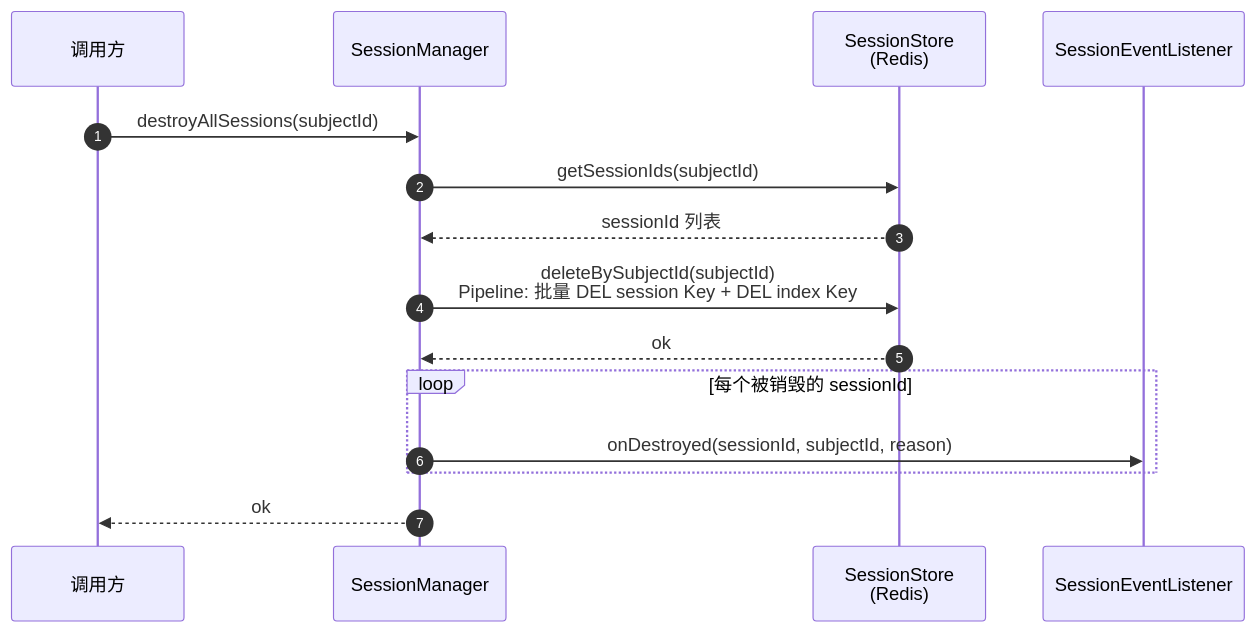
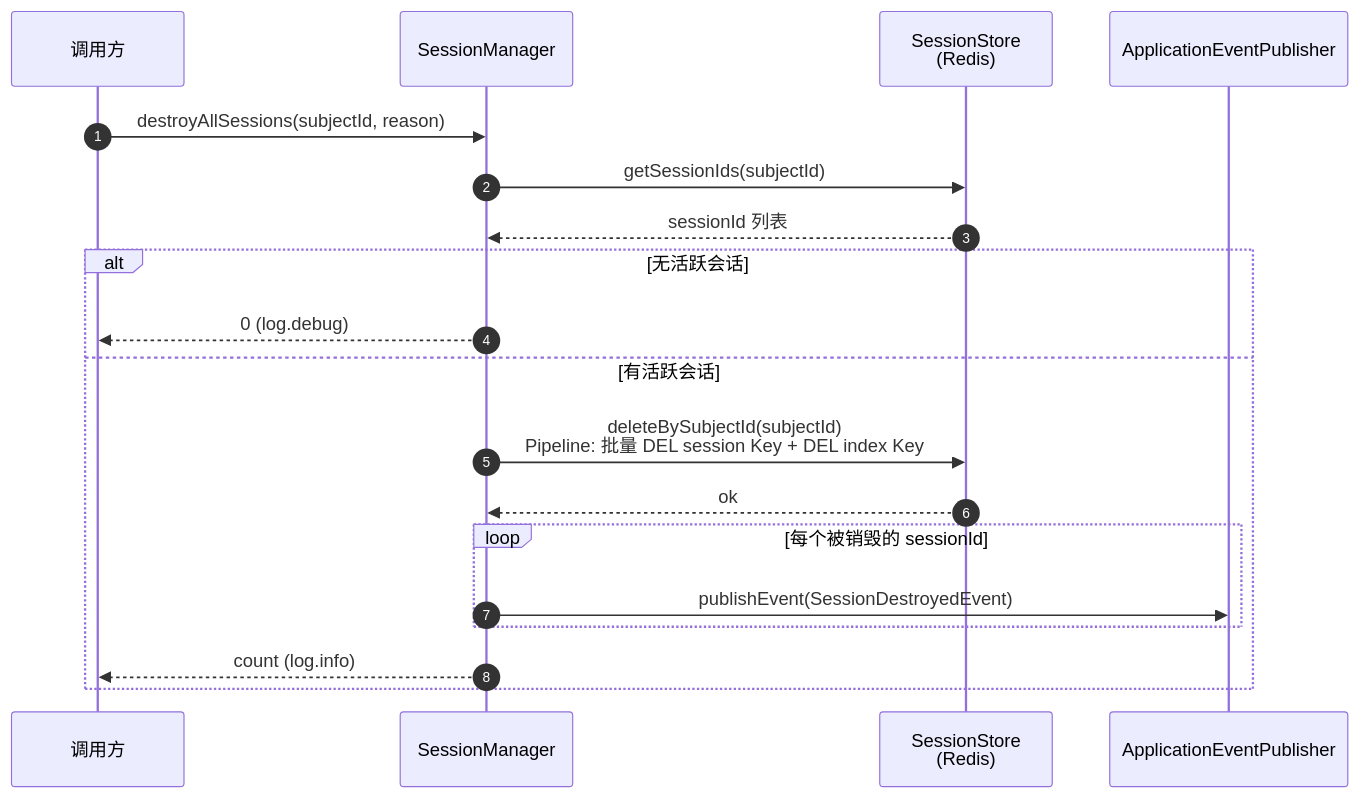
Before and after one commit to shrimp-group/sh-iam: the second of 2 diagrams in docs/design/stories/session/US-07-session-destroy.md, drawn with Mermaid. The commit also changed other lines of this file and 5 other files, not shown here.

````diff
--- a/docs/design/stories/session/US-07-session-destroy.md
+++ b/docs/design/stories/session/US-07-session-destroy.md
@@ -67,17 +65,21 @@
 ```mermaid
 sequenceDiagram
     autonumber
     participant Caller as 调用方
     participant Manager as SessionManager
     participant Store as SessionStore<br/>(Redis)
-    participant Listener as SessionEventListener
-    Caller ->> Manager: destroyAllSessions(subjectId)
+    participant Publisher as ApplicationEventPublisher
+    Caller ->> Manager: destroyAllSessions(subjectId, reason)
     Manager ->> Store: getSessionIds(subjectId)
     Store -->> Manager: sessionId 列表
-    Manager ->> Store: deleteBySubjectId(subjectId)<br/>Pipeline: 批量 DEL session Key + DEL index Key
-    Store -->> Manager: ok
-    loop 每个被销毁的 sessionId
-        Manager ->> Listener: onDestroyed(sessionId, subjectId, reason)
+    alt 无活跃会话
+        Manager -->> Caller: 0 (log.debug)
+    else 有活跃会话
+        Manager ->> Store: deleteBySubjectId(subjectId)<br/>Pipeline: 批量 DEL session Key + DEL index Key
+        Store -->> Manager: ok
+        loop 每个被销毁的 sessionId
+            Manager ->> Publisher: publishEvent(SessionDestroyedEvent)
+        end
+        Manager -->> Caller: count (log.info)
     end
-    Manager -->> Caller: ok
 ```
````
